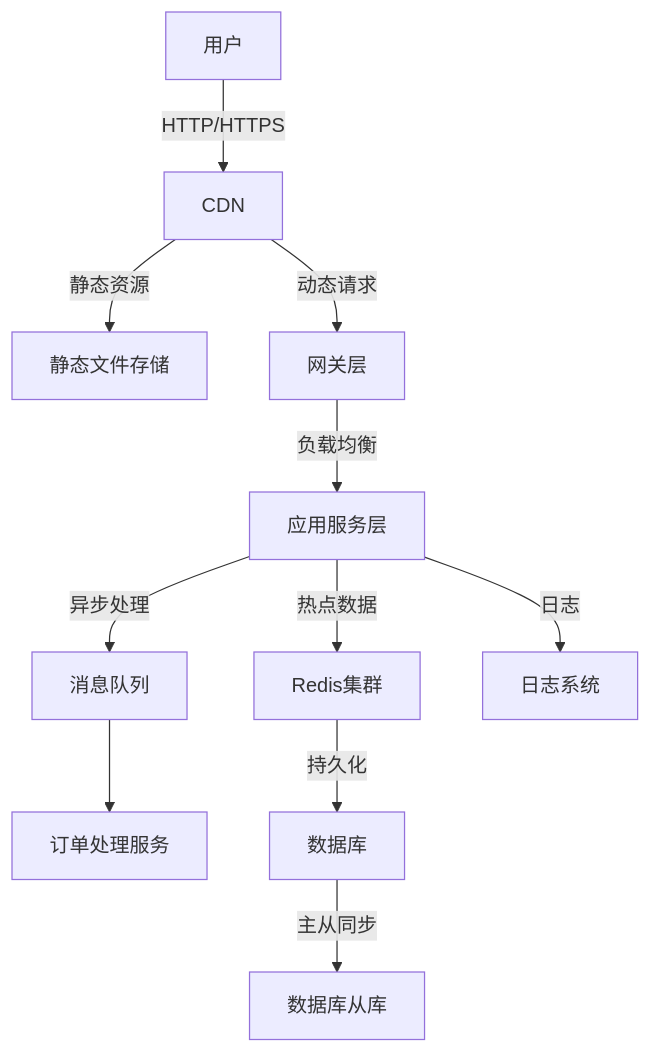
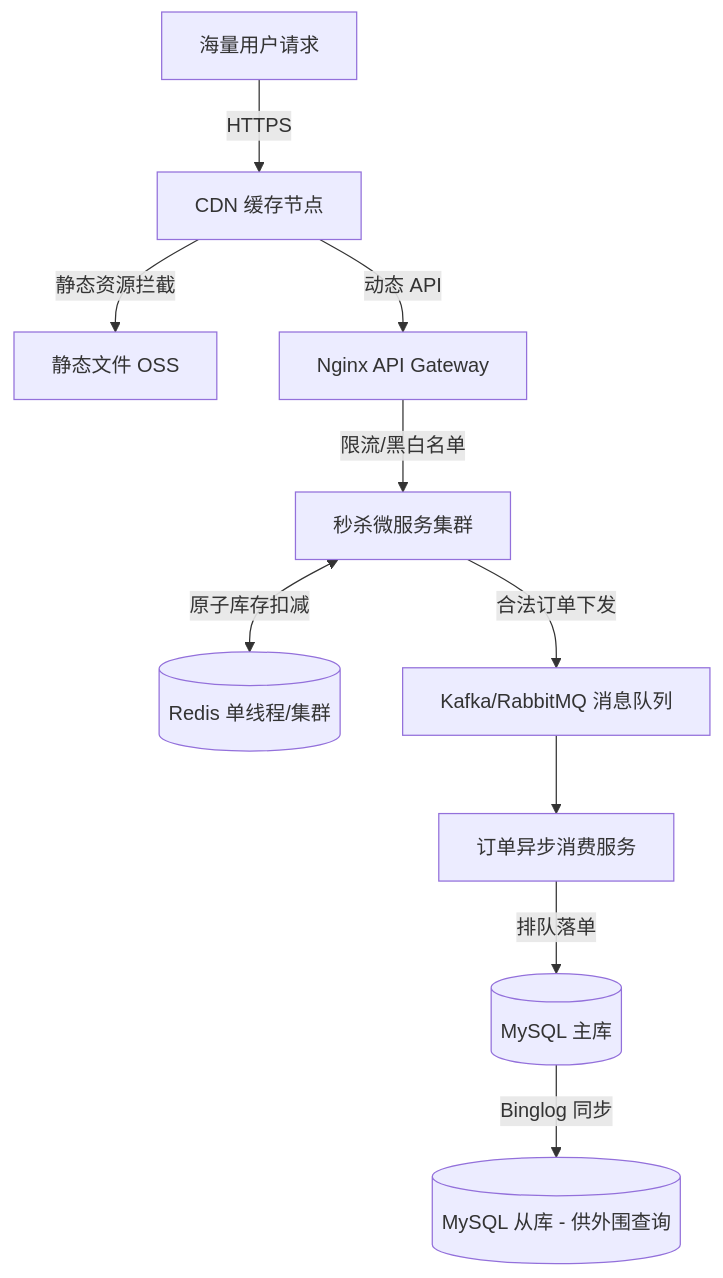
Before and after one commit to Gofive/wp-blog: the diagram in blogs/秒杀场景的技术实现与架构设计.md, drawn with Mermaid. The commit also changed other lines of this file and 35 other files, not shown here.

````diff
--- a/blogs/秒杀场景的技术实现与架构设计.md
+++ b/blogs/秒杀场景的技术实现与架构设计.md
@@ -40,13 +40,12 @@
 ```mermaid
 graph TD
-    A[用户] -->|HTTP/HTTPS| B[CDN]
-    B -->|静态资源| C[静态文件存储]
-    B -->|动态请求| D[网关层]
-    D -->|负载均衡| E[应用服务层]
-    E -->|热点数据| F[Redis集群]
-    E -->|异步处理| G[消息队列]
-    G --> H[订单处理服务]
-    F -->|持久化| I[数据库]
-    I -->|主从同步| J[数据库从库]
-    E -->|日志| K[日志系统]
+    A[海量用户请求] -->|HTTPS| B[CDN 缓存节点]
+    B -->|静态资源拦截| C[静态文件 OSS]
+    B -->|动态 API| D[Nginx API Gateway]
+    D -->|限流/黑白名单| E[秒杀微服务集群]
+    E <-->|原子库存扣减| F[(Redis 单线程/集群)]
+    E -->|合法订单下发| G[Kafka/RabbitMQ 消息队列]
+    G --> H[订单异步消费服务]
+    H -->|排队落单| I[(MySQL 主库)]
+    I -->|Binglog 同步| J[(MySQL 从库 - 供外围查询)]
 ```
````
